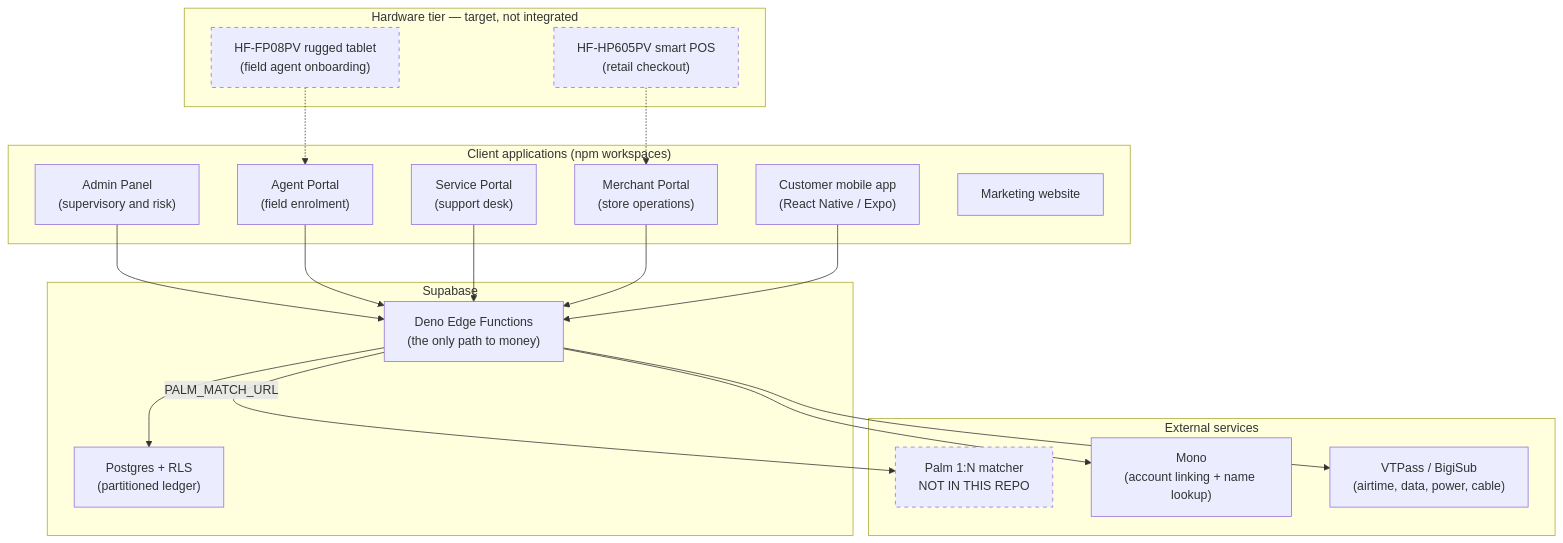
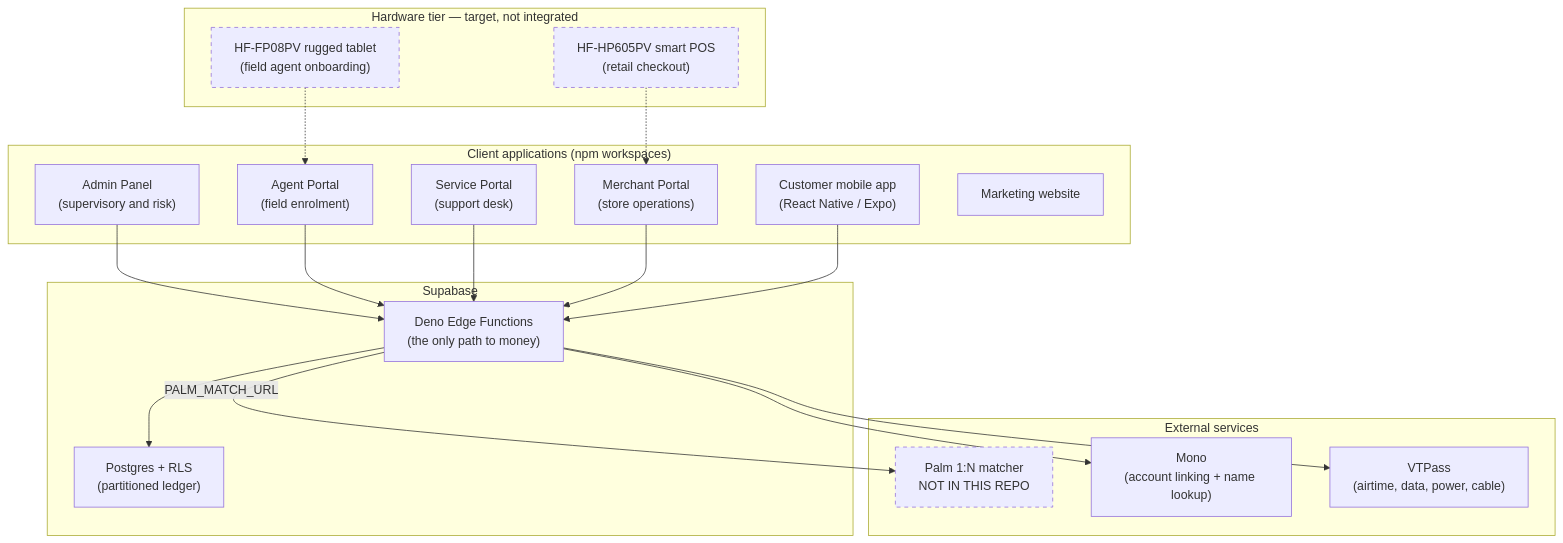
One commit to MiliPay/MiliPay changed the first of 2 diagrams in README.md. Above: the diagram before and after it, drawn with Mermaid. The commit also changed other lines of this file and 32 other files, not shown here.

````diff
--- a/README.md
+++ b/README.md
@@ -87,39 +87,39 @@
 ```mermaid
 flowchart TB
     subgraph Hardware ["Hardware tier — target, not integrated"]
         FP08PV["HF-FP08PV rugged tablet<br/>(field agent onboarding)"]
         HP605["HF-HP605PV smart POS<br/>(retail checkout)"]
     end
 
     subgraph ClientApps ["Client applications (npm workspaces)"]
         AdminPanel["Admin Panel<br/>(supervisory and risk)"]
         AgentPortal["Agent Portal<br/>(field enrolment)"]
         ServicePortal["Service Portal<br/>(support desk)"]
         MerchantPortal["Merchant Portal<br/>(store operations)"]
         MobileApp["Customer mobile app<br/>(React Native / Expo)"]
         Website["Marketing website"]
     end
 
     subgraph Backend ["Supabase"]
         EdgeFns["Deno Edge Functions<br/>(the only path to money)"]
         Postgres["Postgres + RLS<br/>(partitioned ledger)"]
     end
 
     subgraph External ["External services"]
         Matcher["Palm 1:N matcher<br/>NOT IN THIS REPO"]
         Mono["Mono<br/>(account linking + name lookup)"]
-        VTU["VTPass / BigiSub<br/>(airtime, data, power, cable)"]
+        VTU["VTPass<br/>(airtime, data, power, cable)"]
     end
 
     FP08PV -.-> AgentPortal
     HP605 -.-> MerchantPortal
     AdminPanel & AgentPortal & ServicePortal & MerchantPortal --> EdgeFns
     MobileApp --> EdgeFns
     EdgeFns --> Postgres
     EdgeFns -->|PALM_MATCH_URL| Matcher
     EdgeFns --> Mono
     EdgeFns --> VTU
 
     classDef missing stroke-dasharray: 5 5
     class Matcher,FP08PV,HP605 missing
 ```
````
